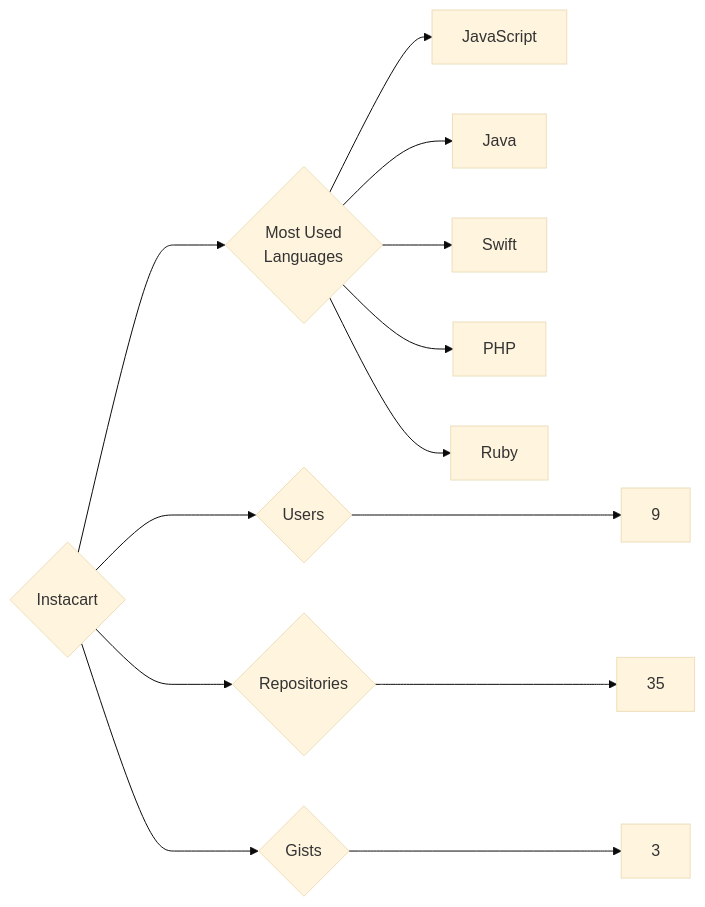
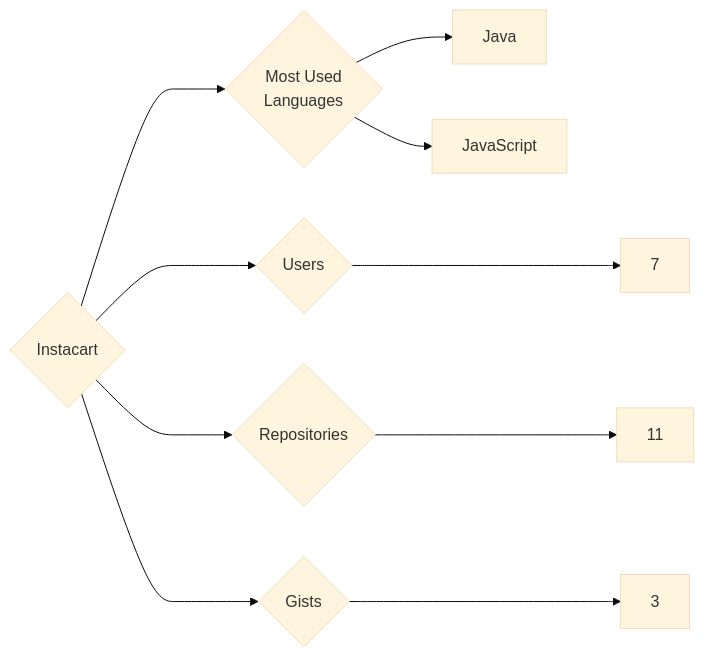
Before and after one commit to trickest/insiders: the diagram in targets/Instacart/README.md, drawn with Mermaid (base theme). The commit also changed 1120 other files, not shown here.

````diff
--- a/targets/Instacart/README.md
+++ b/targets/Instacart/README.md
@@ -3,13 +3,10 @@
 ```mermaid
 graph LR
 COMPANY_NAME{Instacart}
-COMPANY_NAME ---> U{Users} ---> UN[9]
-COMPANY_NAME ---> R{Repositories} ---> RN[35]
+COMPANY_NAME ---> U{Users} ---> UN[7]
+COMPANY_NAME ---> R{Repositories} ---> RN[11]
 COMPANY_NAME ---> G{Gists} ---> GN[3]
 COMPANY_NAME ---> ML{Most Used<br>Languages}
+ML --> Java[Java]
 ML --> JavaScript[JavaScript]
-ML --> Java[Java]
-ML --> Swift[Swift]
-ML --> PHP[PHP]
-ML --> Ruby[Ruby]
 ```
````
